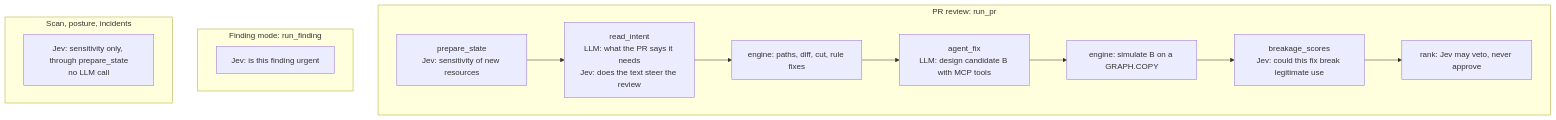
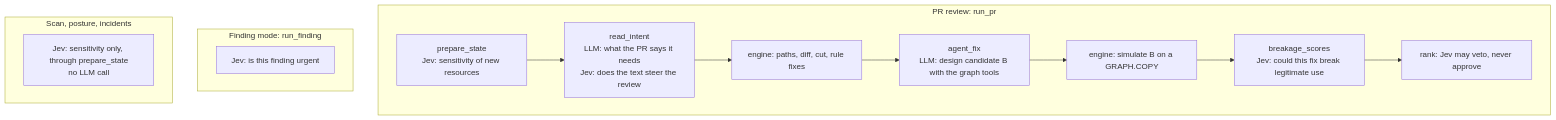
One commit to AjinkyaTaranekar/theseus changed the first of 3 diagrams in docs/architecture/05-models.md. Above: the diagram before and after it, drawn with Mermaid. The commit also changed other lines of this file and 6 other files, not shown here.

````diff
--- a/docs/architecture/05-models.md
+++ b/docs/architecture/05-models.md
@@ -27,17 +27,17 @@
 ```mermaid
 flowchart TD
   subgraph PR["PR review: run_pr"]
     S1["prepare_state<br/>Jev: sensitivity of new resources"] --> S2["read_intent<br/>LLM: what the PR says it needs<br/>Jev: does the text steer the review"]
     S2 --> S3["engine: paths, diff, cut, rule fixes"]
-    S3 --> S4["agent_fix<br/>LLM: design candidate B with MCP tools"]
+    S3 --> S4["agent_fix<br/>LLM: design candidate B with the graph tools"]
     S4 --> S5["engine: simulate B on a GRAPH.COPY"]
     S5 --> S6["breakage_scores<br/>Jev: could this fix break legitimate use"]
     S6 --> S7["rank: Jev may veto, never approve"]
   end
   subgraph FIND["Finding mode: run_finding"]
     F1["Jev: is this finding urgent"]
   end
   subgraph REST["Scan, posture, incidents"]
     R1["Jev: sensitivity only, through prepare_state<br/>no LLM call"]
   end
 ```
````
